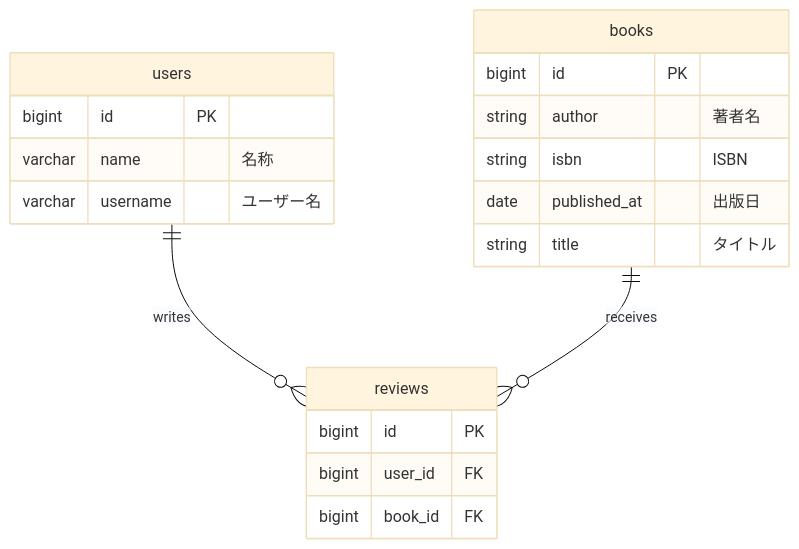
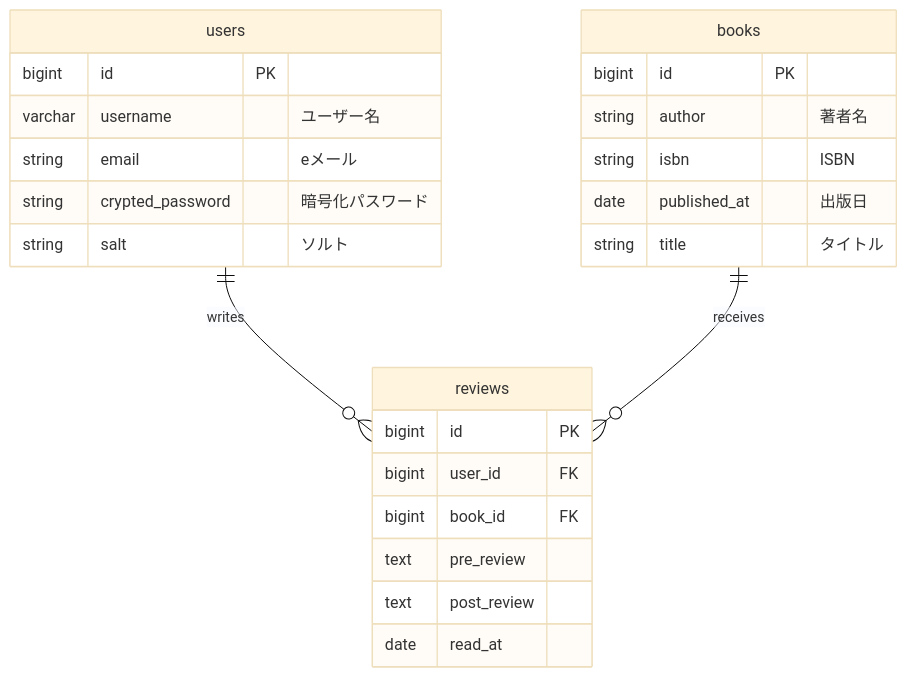
The diagram in README.md (kiruke/yomiato), drawn with Mermaid (base theme) before and after one commit.

Commit message:
Update ER diagram for reviews and authentication

````diff
--- a/README.md
+++ b/README.md
@@ -27,25 +27,30 @@
 ```mermaid
 erDiagram
     users ||--o{ reviews : writes
     books ||--o{ reviews : receives
 
     users {
         bigint id PK
-        varchar name "名称"
         varchar username "ユーザー名"
+        string email "eメール"
+        string crypted_password "暗号化パスワード"
+        string salt "ソルト"
     }
 
     books {
         bigint id PK
         string author "著者名"
         string isbn "ISBN"
         date published_at "出版日"
         string title "タイトル"
     }
 
     reviews {
         bigint id PK
         bigint user_id FK
         bigint book_id FK
+        text pre_review 
+        text post_review 
+        date read_at
     }
 ```
````
